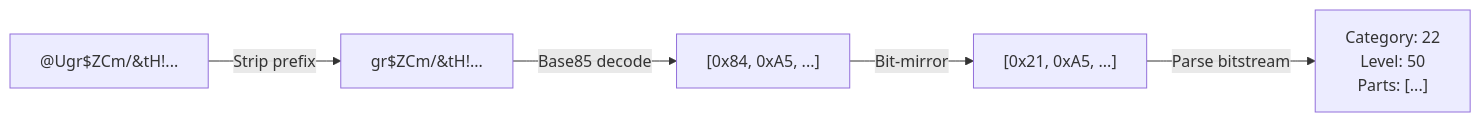
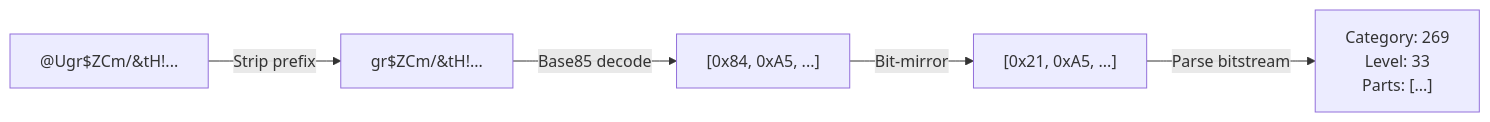
The diagram in docs/05-item-serials.md (monokrome/bl4), drawn with Mermaid before and after one commit. The commit also changed other lines of this file, not shown here.

````diff
--- a/docs/05-item-serials.md
+++ b/docs/05-item-serials.md
@@ -30,7 +30,7 @@
 ```mermaid
 flowchart LR
     A["@Ugr$ZCm/&tH!..."] -->|Strip prefix| B["gr$ZCm/&tH!..."]
     B -->|Base85 decode| C["[0x84, 0xA5, ...]"]
     C -->|Bit-mirror| D["[0x21, 0xA5, ...]"]
-    D -->|Parse bitstream| E["Category: 22\nLevel: 50\nParts: [...]"]
+    D -->|Parse bitstream| E["Category: 269\nLevel: 33\nParts: [...]"]
 ```
````
